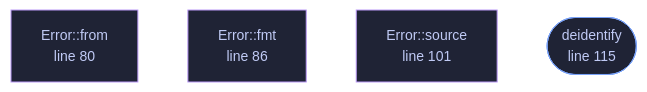
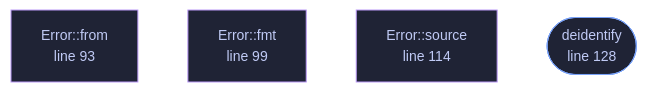
The diagram in docs/files/veilvoice-audio/lib.md (tilas01/veilvoice), drawn with Mermaid before and after one commit. The commit also changed other lines of this file and 182 other files, not shown here.

````diff
--- a/docs/files/veilvoice-audio/lib.md
+++ b/docs/files/veilvoice-audio/lib.md
@@ -80,18 +94,18 @@
 ```mermaid
 %%{init: {"theme":"base","themeVariables":{"background":"#1a1b26","primaryColor":"#1f2335","primaryTextColor":"#c0caf5","primaryBorderColor":"#7aa2f7","secondaryColor":"#16161e","tertiaryColor":"#16161e","lineColor":"#737aa2","textColor":"#c0caf5","mainBkg":"#1f2335","nodeBorder":"#7aa2f7","clusterBkg":"#16161e","clusterBorder":"#2f3549","fontFamily":"ui-monospace, SFMono-Regular, Consolas, monospace","fontSize":"14px"}}}%%
 flowchart TD
-    n_from["Error::from<br/>line 74"]
-    n_from["Error::from<br/>line 80"]
-    n_fmt["Error::fmt<br/>line 86"]
-    n_source["Error::source<br/>line 101"]
-    n_deidentify(["deidentify<br/>line 115"])
-    click n_from href "https://github.com/tilas01/veilvoice/blob/main/crates/veilvoice-audio/src/lib.rs#L74" "open the source"
-    click n_from href "https://github.com/tilas01/veilvoice/blob/main/crates/veilvoice-audio/src/lib.rs#L80" "open the source"
-    click n_fmt href "https://github.com/tilas01/veilvoice/blob/main/crates/veilvoice-audio/src/lib.rs#L86" "open the source"
-    click n_source href "https://github.com/tilas01/veilvoice/blob/main/crates/veilvoice-audio/src/lib.rs#L101" "open the source"
-    click n_deidentify href "https://github.com/tilas01/veilvoice/blob/main/crates/veilvoice-audio/src/lib.rs#L115" "open the source"
+    n_from["Error::from<br/>line 87"]
+    n_from["Error::from<br/>line 93"]
+    n_fmt["Error::fmt<br/>line 99"]
+    n_source["Error::source<br/>line 114"]
+    n_deidentify(["deidentify<br/>line 128"])
+    click n_from href "https://github.com/tilas01/veilvoice/blob/main/crates/veilvoice-audio/src/lib.rs#L87" "open the source"
+    click n_from href "https://github.com/tilas01/veilvoice/blob/main/crates/veilvoice-audio/src/lib.rs#L93" "open the source"
+    click n_fmt href "https://github.com/tilas01/veilvoice/blob/main/crates/veilvoice-audio/src/lib.rs#L99" "open the source"
+    click n_source href "https://github.com/tilas01/veilvoice/blob/main/crates/veilvoice-audio/src/lib.rs#L114" "open the source"
+    click n_deidentify href "https://github.com/tilas01/veilvoice/blob/main/crates/veilvoice-audio/src/lib.rs#L128" "open the source"
     classDef entry fill:#1f2335,stroke:#7aa2f7,color:#c0caf5
     class n_deidentify entry
     classDef helper fill:#1f2335,stroke:#bb9af7,color:#c0caf5
     class n_from,n_from,n_fmt,n_source helper
 ```
````
